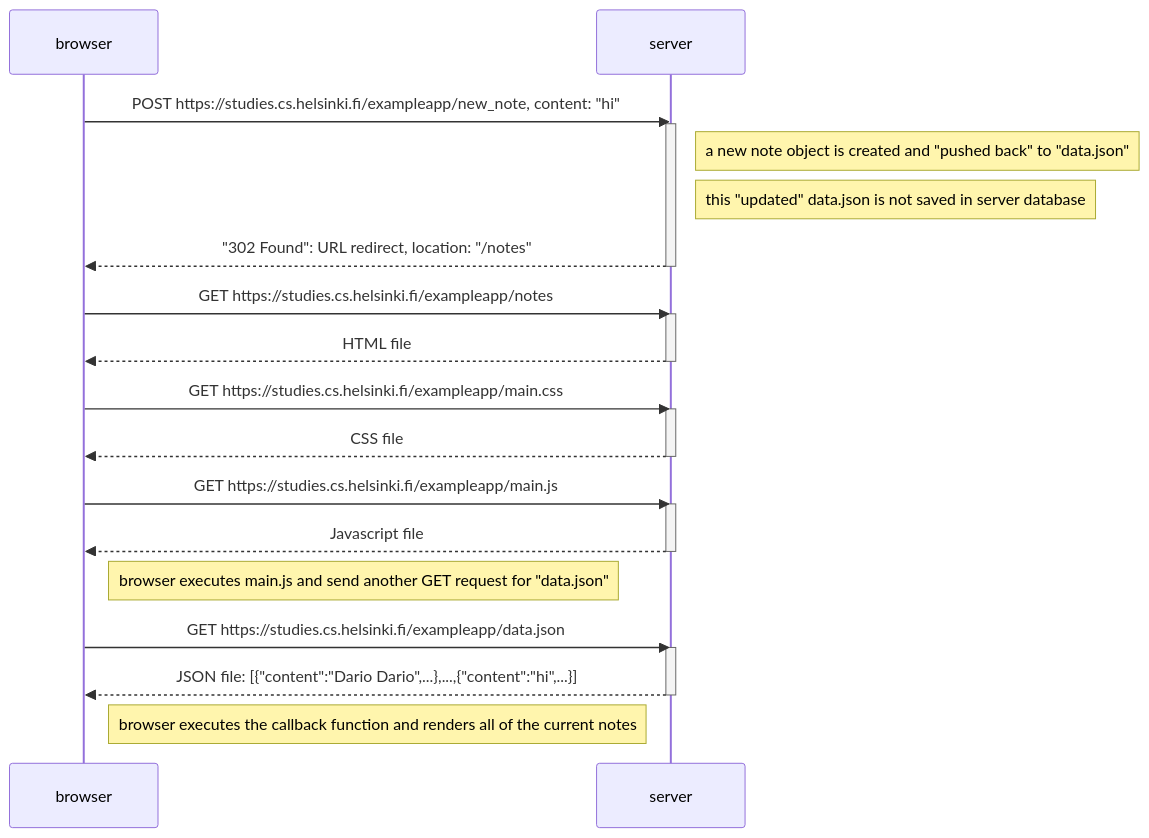
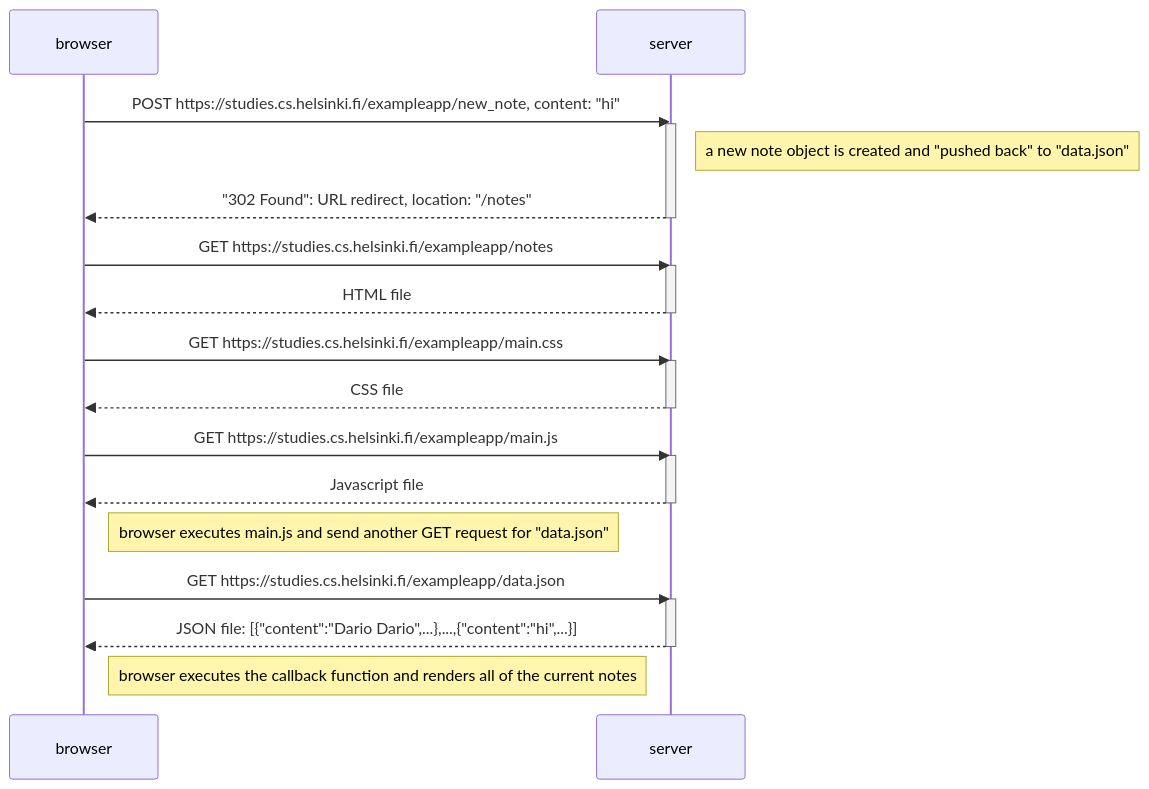
One commit to aeryskyB/part0-fullstackopen-23 changed the diagram in exercises/04_new_note_diagram.md. Above: the diagram before and after it, drawn with Mermaid.

Commit message:
Update 04_new_note_diagram.md
--update
    v.3

````diff
--- a/exercises/04_new_note_diagram.md
+++ b/exercises/04_new_note_diagram.md
@@ -1,35 +1,34 @@
 ```mermaid
 sequenceDiagram
     participant browser
     participant server
 
     browser->>server: POST https://studies.cs.helsinki.fi/exampleapp/new_note, content: "hi"
     activate server
     Note right of server: a new note object is created and "pushed back" to "data.json"
-    Note right of server: this "updated" data.json is not saved in server database
     server-->>browser: "302 Found": URL redirect, location: "/notes"
     deactivate server
 
     browser->>server: GET https://studies.cs.helsinki.fi/exampleapp/notes
     activate server
     server-->>browser: HTML file
     deactivate server
 
     browser->>server: GET https://studies.cs.helsinki.fi/exampleapp/main.css
     activate server
     server-->>browser: CSS file
     deactivate server
 
     browser->>server: GET https://studies.cs.helsinki.fi/exampleapp/main.js
     activate server
     server-->>browser: Javascript file
     deactivate server
 
     Note right of browser: browser executes main.js and send another GET request for "data.json"
     browser->>server: GET https://studies.cs.helsinki.fi/exampleapp/data.json
     activate server
     server-->>browser: JSON file: [{"content":"Dario Dario",...},...,{"content":"hi",...}]
     deactivate server
 
     Note right of browser: browser executes the callback function and renders all of the current notes
 ```
````
